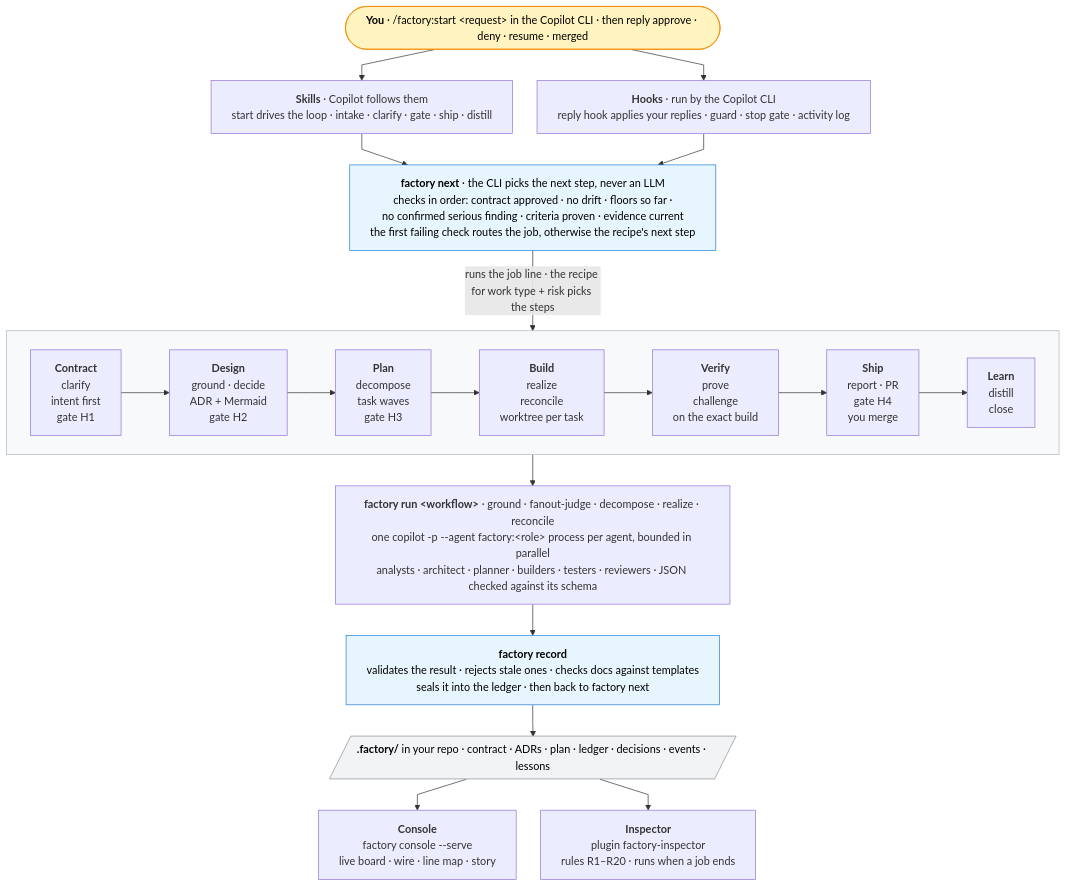
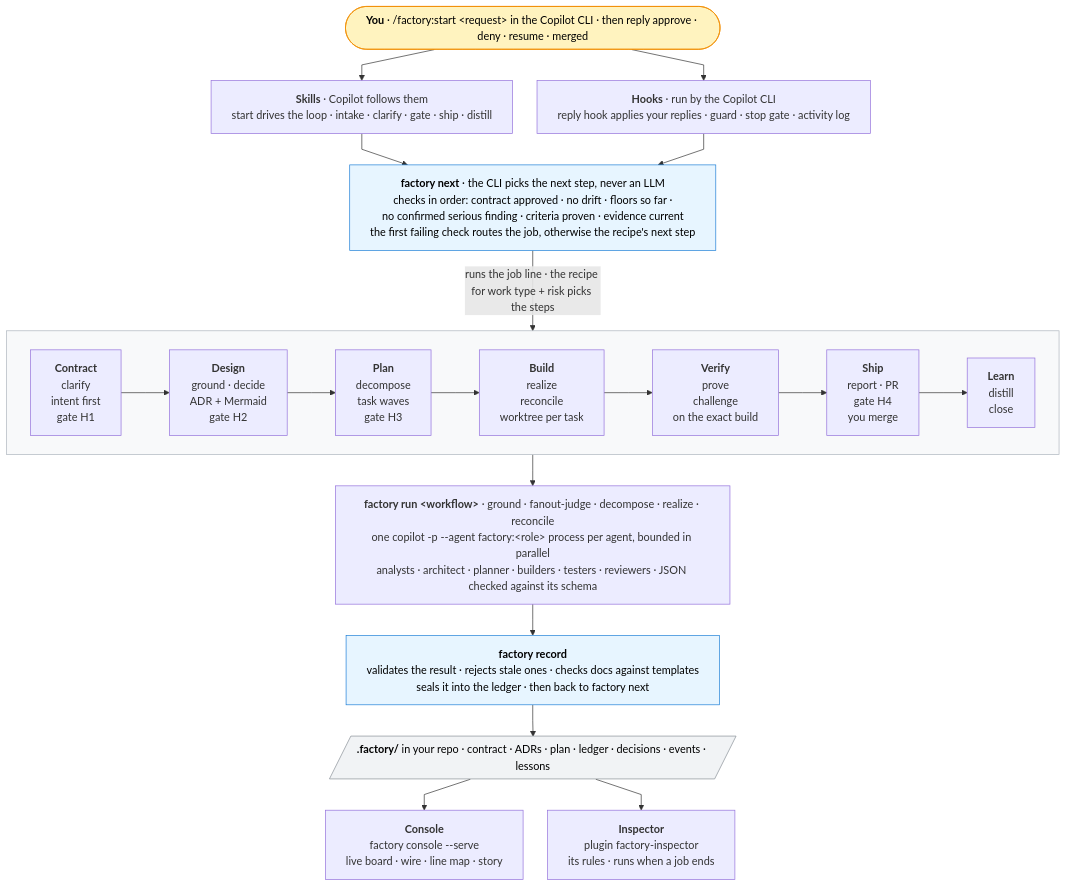
The diagram in README.md (reshif/copilot-factory), drawn with Mermaid before and after one commit. The commit also changed other lines of this file and 27 other files, not shown here.

````diff
--- a/README.md
+++ b/README.md
@@ -18,54 +18,54 @@
 ```mermaid
 ---
 config:
   flowchart:
     curve: linear
     nodeSpacing: 36
     rankSpacing: 46
     wrappingWidth: 520
 ---
 flowchart TB
   you(["<b>You</b> · /factory:start &lt;request&gt; in the Copilot CLI · then reply approve · deny · resume · merged"]):::human
 
   skills["<b>Skills</b> · Copilot follows them<br/>start drives the loop · intake · clarify · gate · ship · distill"]
   hooks["<b>Hooks</b> · run by the Copilot CLI<br/>reply hook applies your replies · guard · stop gate · activity log"]
 
   router["<b>factory next</b> · the CLI picks the next step, never an LLM<br/>checks in order: contract approved · no drift · floors so far ·<br/>no confirmed serious finding · criteria proven · evidence current<br/>the first failing check routes the job, otherwise the recipe's next step"]:::cli
 
   subgraph line[" "]
     direction LR
     s1["<b>Contract</b><br/>clarify<br/>intent first<br/>gate H1"]
     s2["<b>Design</b><br/>ground · decide<br/>ADR + Mermaid<br/>gate H2"]
     s3["<b>Plan</b><br/>decompose<br/>task waves<br/>gate H3"]
     s4["<b>Build</b><br/>realize<br/>reconcile<br/>worktree per task"]
     s5["<b>Verify</b><br/>prove<br/>challenge<br/>on the exact build"]
     s6["<b>Ship</b><br/>report · PR<br/>gate H4<br/>you merge"]
     s7["<b>Learn</b><br/>distill<br/>close"]
     s1 --> s2 --> s3 --> s4 --> s5 --> s6 --> s7
   end
 
   run["<b>factory run &lt;workflow&gt;</b> · ground · fanout-judge · decompose · realize · reconcile<br/>one copilot -p --agent factory:&lt;role&gt; process per agent, bounded in parallel<br/>analysts · architect · planner · builders · testers · reviewers · JSON checked against its schema"]
 
   record["<b>factory record</b><br/>validates the result · rejects stale ones · checks docs against templates<br/>seals it into the ledger · then back to factory next"]:::cli
 
   store[/"<b>.factory/</b> in your repo · contract · ADRs · plan · ledger · decisions · events · lessons"/]:::art
 
   console["<b>Console</b><br/>factory console --serve<br/>live board · wire · line map · story"]
-  inspector["<b>Inspector</b><br/>plugin factory-inspector<br/>rules R1–R20 · runs when a job ends"]
+  inspector["<b>Inspector</b><br/>plugin factory-inspector<br/>its rules · runs when a job ends"]
 
   you --> skills
   you --> hooks
   skills --> router
   hooks --> router
   router -->|"runs the job line · the recipe for work type + risk picks the steps"| line
   line --> run
   run --> record
   record --> store
   store --> console
   store --> inspector
 
   classDef human fill:#fff3bf,stroke:#f08c00,color:#000
   classDef cli fill:#e7f5ff,stroke:#1c7ed6,color:#000
   classDef art fill:#f1f3f5,stroke:#868e96,color:#000
   style line fill:#f8f9fa,stroke:#adb5bd
 ```
````
